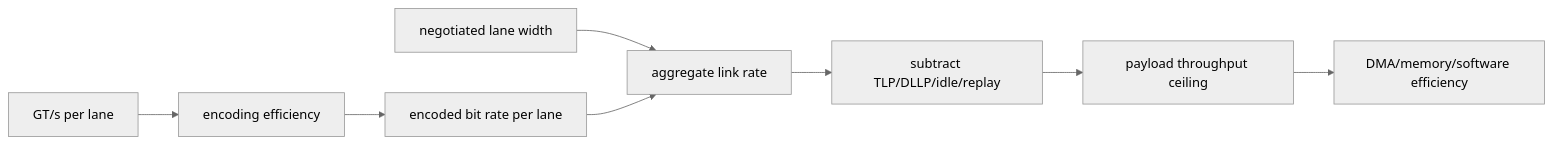
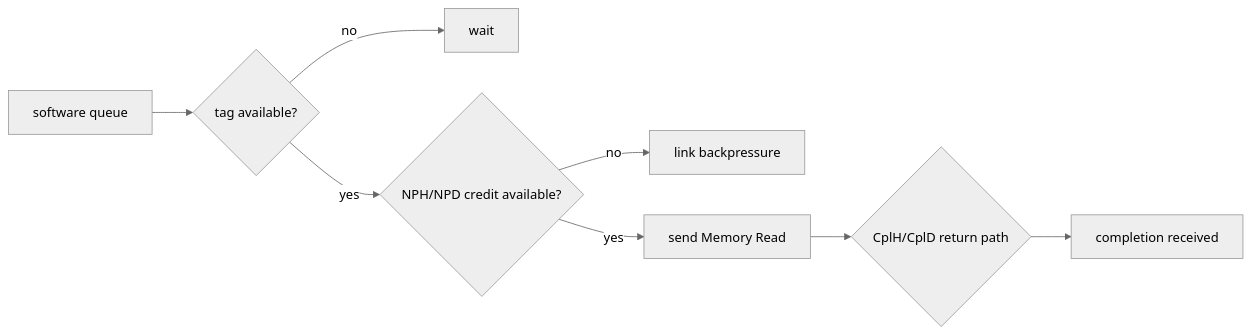
One commit to cdragon-ljl/EEandEdgeAI changed the second of 4 diagrams in docs/articles/pcie/pci-13-performance-tlp-mps-mrrs-credit.md. Above: the diagram before and after it, drawn with Mermaid (neutral theme). The commit also changed other lines of this file and 4 other files, not shown here.

````diff
--- a/docs/articles/pcie/pci-13-performance-tlp-mps-mrrs-credit.md
+++ b/docs/articles/pcie/pci-13-performance-tlp-mps-mrrs-credit.md
@@ -171,10 +103,10 @@
 ```mermaid
 flowchart LR
-    GT[GT/s per lane] --> ENC[encoding efficiency]
-    ENC --> LANE[encoded bit rate per lane]
-    WIDTH[negotiated lane width] --> RAW[aggregate link rate]
-    LANE --> RAW
-    RAW --> TLP[subtract TLP/DLLP/idle/replay]
-    TLP --> PAY[payload throughput ceiling]
-    PAY --> APP[DMA/memory/software efficiency]
+    SQ[software queue] --> TAG{tag available?}
+    TAG -- no --> WAIT1[wait]
+    TAG -- yes --> CR{NPH/NPD credit available?}
+    CR -- no --> WAIT2[link backpressure]
+    CR -- yes --> SEND[send Memory Read]
+    SEND --> CPL{CplH/CplD return path}
+    CPL --> DONE[completion received]
 ```
````
